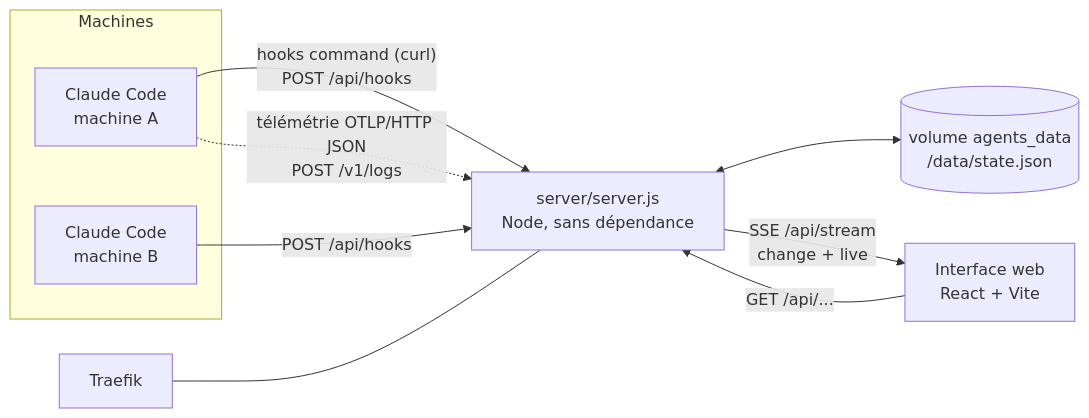
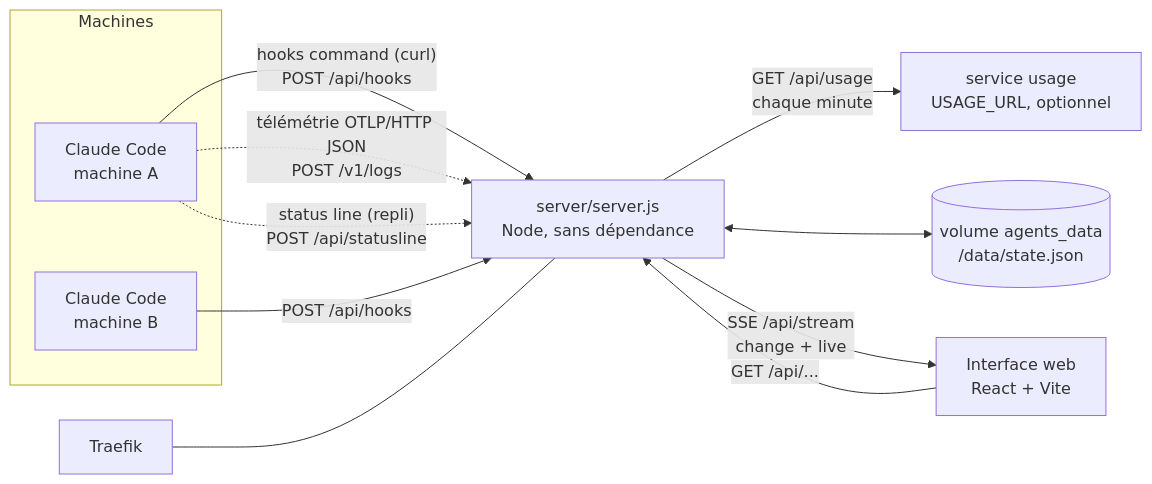
Before and after one commit to guillaumedelre/claude-agents-board: the diagram in README.md, drawn with Mermaid. The commit also changed other lines of this file and 6 other files, not shown here.

First line of the commit message:
feat: read subscription usage from a usage service and redesign the status bar

````diff
--- a/README.md
+++ b/README.md
@@ -363,14 +380,16 @@
 ```mermaid
 flowchart LR
   subgraph Machines
     CC1[Claude Code<br/>machine A]
     CC2[Claude Code<br/>machine B]
   end
   CC1 -- "hooks command (curl)<br/>POST /api/hooks" --> S
   CC2 -- "POST /api/hooks" --> S
   CC1 -. "télémétrie OTLP/HTTP JSON<br/>POST /v1/logs" .-> S
+  CC1 -. "status line (repli)<br/>POST /api/statusline" .-> S
+  S -- "GET /api/usage<br/>chaque minute" --> U[service usage<br/>USAGE_URL, optionnel]
   S[server/server.js<br/>Node, sans dépendance] <--> V[(volume agents_data<br/>/data/state.json)]
   S -- "SSE /api/stream<br/>change + live" --> W[Interface web<br/>React + Vite]
   W -- "GET /api/..." --> S
   T[Traefik] --- S
 ```
````
